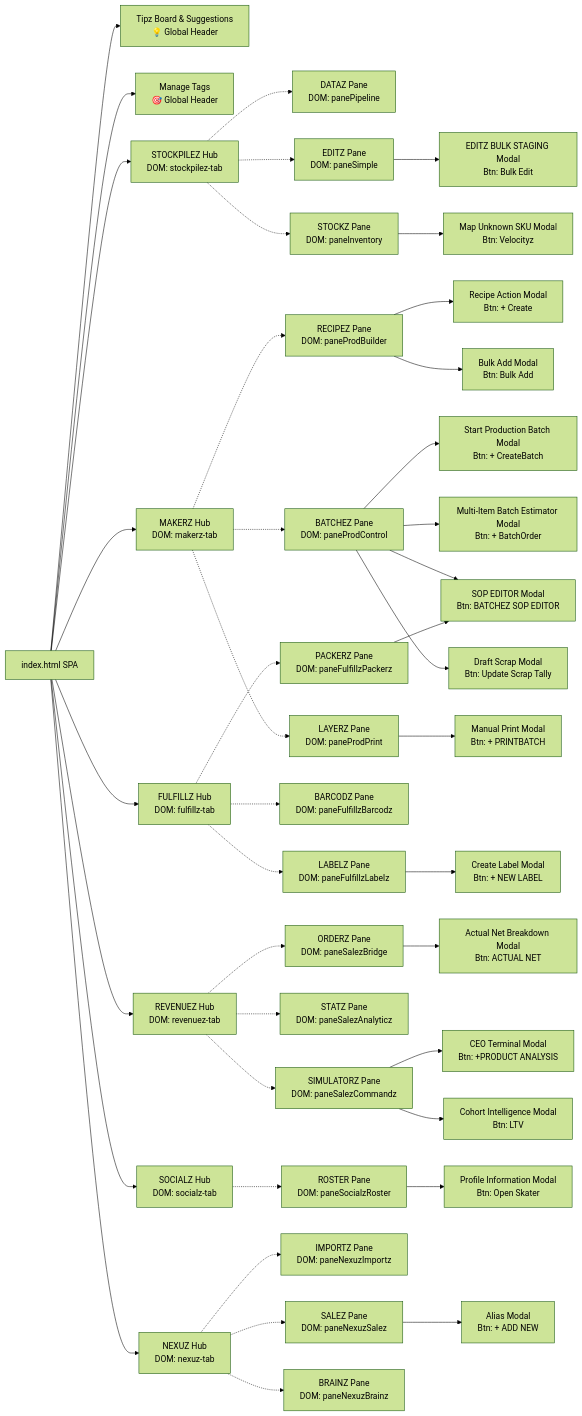
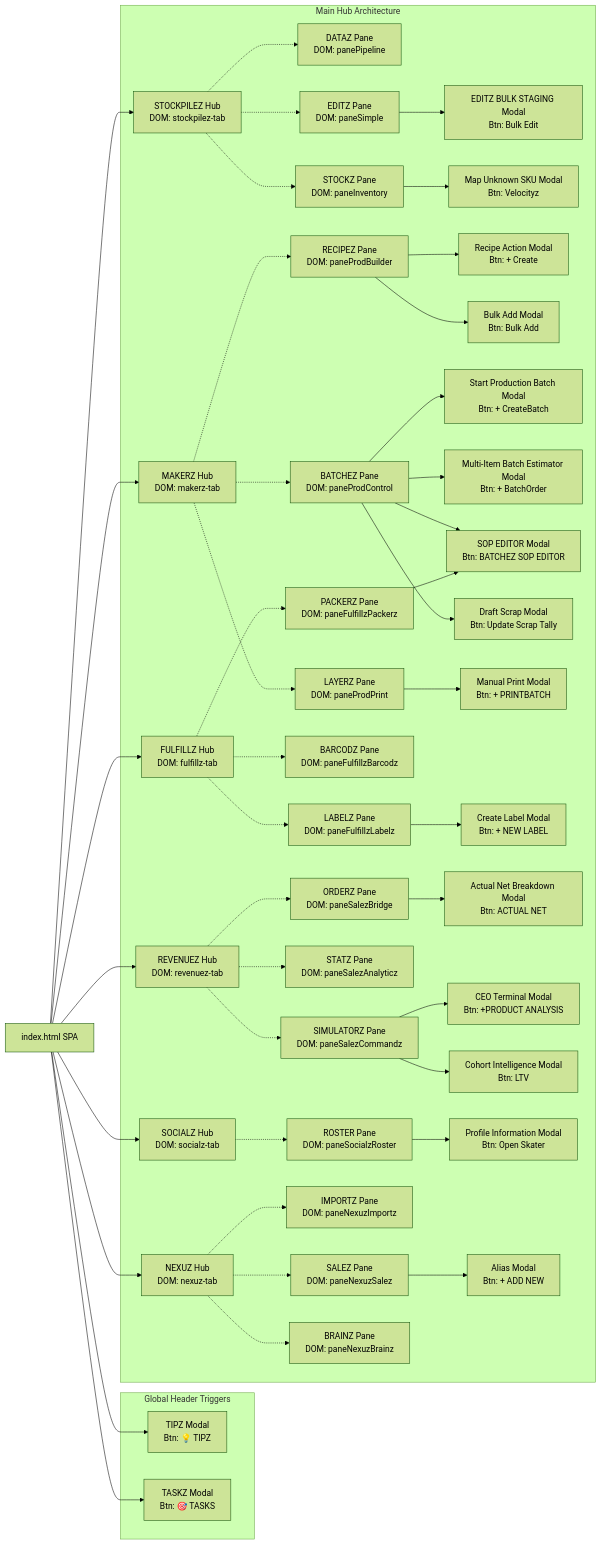
The diagram in nomenclature_dictionary.md (Neogleamz/neogleamz.github.io), drawn with Mermaid (forest theme) before and after one commit. The commit also changed 3 other files, not shown here.

Commit message:
fix(diagram): partition Global Header and Hubs into strict subgraphs to prevent visual overlapping

````diff
--- a/nomenclature_dictionary.md
+++ b/nomenclature_dictionary.md
@@ -14,64 +14,77 @@
 ```mermaid
 graph LR
     App[index.html SPA]
     
-    %% Global Header Modals
-    App --> TipzModal[Tipz Board & Suggestions <br> 💡 Global Header]
-    App --> TaskPlannerModal[Manage Tags <br> 🎯 Global Header]
+    subgraph Global [Global Header Triggers]
+        TipzModal[TIPZ Modal<br>Btn: 💡 TIPZ]
+        TaskzModal[TASKZ Modal<br>Btn: 🎯 TASKS]
+    end
     
-    %% STOCKPILEZ HUB
-    App --> Stockpilez[STOCKPILEZ Hub<br>DOM: stockpilez-tab]
-    Stockpilez -.-> SP_Pipeline[DATAZ Pane<br>DOM: panePipeline]
-    Stockpilez -.-> SP_Simple[EDITZ Pane<br>DOM: paneSimple]
-    Stockpilez -.-> SP_Inventory[STOCKZ Pane<br>DOM: paneInventory]
+    App --> TipzModal
+    App --> TaskzModal
     
-    SP_Simple --> EditzBulkModal[EDITZ BULK STAGING Modal<br>Btn: Bulk Edit]
-    SP_Inventory --> VelocityzModal[Map Unknown SKU Modal<br>Btn: Velocityz]
-    
-    %% MAKERZ HUB
-    App --> Makerz[MAKERZ Hub<br>DOM: makerz-tab]
-    Makerz -.-> MK_Builder[RECIPEZ Pane<br>DOM: paneProdBuilder]
-    Makerz -.-> MK_Control[BATCHEZ Pane<br>DOM: paneProdControl]
-    Makerz -.-> MK_Print[LAYERZ Pane<br>DOM: paneProdPrint]
-    
-    MK_Builder --> RecipeModal[Recipe Action Modal<br>Btn: + Create]
-    MK_Builder --> BulkAddModal[Bulk Add Modal<br>Btn: Bulk Add]
-    MK_Control --> NewWOModal[Start Production Batch Modal<br>Btn: + CreateBatch]
-    MK_Control --> MultiBatchModal[Multi-Item Batch Estimator Modal<br>Btn: + BatchOrder]
-    MK_Control --> SOPMasterModal[SOP EDITOR Modal<br>Btn: BATCHEZ SOP EDITOR]
-    MK_Control --> DraftScrapModal[Draft Scrap Modal<br>Btn: Update Scrap Tally]
-    MK_Print --> ManualPrintModal[Manual Print Modal<br>Btn: + PRINTBATCH]
-    
-    %% FULFILLZ HUB
-    App --> Fulfillz[FULFILLZ Hub<br>DOM: fulfillz-tab]
-    Fulfillz -.-> FZ_Packerz[PACKERZ Pane<br>DOM: paneFulfillzPackerz]
-    Fulfillz -.-> FZ_Barcodz[BARCODZ Pane<br>DOM: paneFulfillzBarcodz]
-    Fulfillz -.-> FZ_Labelz[LABELZ Pane<br>DOM: paneFulfillzLabelz]
-    
-    FZ_Packerz --> SOPMasterModal
-    FZ_Labelz --> CreateLabelModal[Create Label Modal<br>Btn: + NEW LABEL]
-    
-    %% REVENUEZ HUB
-    App --> Revenuez[REVENUEZ Hub<br>DOM: revenuez-tab]
-    Revenuez -.-> RV_Bridge[ORDERZ Pane<br>DOM: paneSalezBridge]
-    Revenuez -.-> RV_Analyticz[STATZ Pane<br>DOM: paneSalezAnalyticz]
-    Revenuez -.-> RV_Commandz[SIMULATORZ Pane<br>DOM: paneSalezCommandz]
-    
-    RV_Bridge --> ActualNetModal[Actual Net Breakdown Modal<br>Btn: ACTUAL NET]
-    RV_Commandz --> CeoAddModal[CEO Terminal Modal<br>Btn: +PRODUCT ANALYSIS]
-    RV_Commandz --> LtvModal[Cohort Intelligence Modal<br>Btn: LTV]
-    
-    %% SOCIALZ HUB
-    App --> Socialz[SOCIALZ Hub<br>DOM: socialz-tab]
-    Socialz -.-> SZ_Roster[ROSTER Pane<br>DOM: paneSocialzRoster]
-    
-    SZ_Roster --> SkaterModal[Profile Information Modal<br>Btn: Open Skater]
-    
-    %% NEXUZ HUB
-    App --> Nexuz[NEXUZ Hub<br>DOM: nexuz-tab]
-    Nexuz -.-> NX_Importz[IMPORTZ Pane<br>DOM: paneNexuzImportz]
-    Nexuz -.-> NX_Salez[SALEZ Pane<br>DOM: paneNexuzSalez]
-    Nexuz -.-> NX_Brainz[BRAINZ Pane<br>DOM: paneNexuzBrainz]
-    
-    NX_Salez --> AliasModal[Alias Modal<br>Btn: + ADD NEW]
+    subgraph Core [Main Hub Architecture]
+        %% STOCKPILEZ HUB
+        Stockpilez[STOCKPILEZ Hub<br>DOM: stockpilez-tab]
+        Stockpilez -.-> SP_Pipeline[DATAZ Pane<br>DOM: panePipeline]
+        Stockpilez -.-> SP_Simple[EDITZ Pane<br>DOM: paneSimple]
+        Stockpilez -.-> SP_Inventory[STOCKZ Pane<br>DOM: paneInventory]
+        
+        SP_Simple --> EditzBulkModal[EDITZ BULK STAGING Modal<br>Btn: Bulk Edit]
+        SP_Inventory --> VelocityzModal[Map Unknown SKU Modal<br>Btn: Velocityz]
+        
+        %% MAKERZ HUB
+        Makerz[MAKERZ Hub<br>DOM: makerz-tab]
+        Makerz -.-> MK_Builder[RECIPEZ Pane<br>DOM: paneProdBuilder]
+        Makerz -.-> MK_Control[BATCHEZ Pane<br>DOM: paneProdControl]
+        Makerz -.-> MK_Print[LAYERZ Pane<br>DOM: paneProdPrint]
+        
+        MK_Builder --> RecipeModal[Recipe Action Modal<br>Btn: + Create]
+        MK_Builder --> BulkAddModal[Bulk Add Modal<br>Btn: Bulk Add]
+        MK_Control --> NewWOModal[Start Production Batch Modal<br>Btn: + CreateBatch]
+        MK_Control --> MultiBatchModal[Multi-Item Batch Estimator Modal<br>Btn: + BatchOrder]
+        MK_Control --> SOPMasterModal[SOP EDITOR Modal<br>Btn: BATCHEZ SOP EDITOR]
+        MK_Control --> DraftScrapModal[Draft Scrap Modal<br>Btn: Update Scrap Tally]
+        MK_Print --> ManualPrintModal[Manual Print Modal<br>Btn: + PRINTBATCH]
+        
+        %% FULFILLZ HUB
+        Fulfillz[FULFILLZ Hub<br>DOM: fulfillz-tab]
+        Fulfillz -.-> FZ_Packerz[PACKERZ Pane<br>DOM: paneFulfillzPackerz]
+        Fulfillz -.-> FZ_Barcodz[BARCODZ Pane<br>DOM: paneFulfillzBarcodz]
+        Fulfillz -.-> FZ_Labelz[LABELZ Pane<br>DOM: paneFulfillzLabelz]
+        
+        FZ_Packerz --> SOPMasterModal
+        FZ_Labelz --> CreateLabelModal[Create Label Modal<br>Btn: + NEW LABEL]
+        
+        %% REVENUEZ HUB
+        Revenuez[REVENUEZ Hub<br>DOM: revenuez-tab]
+        Revenuez -.-> RV_Bridge[ORDERZ Pane<br>DOM: paneSalezBridge]
+        Revenuez -.-> RV_Analyticz[STATZ Pane<br>DOM: paneSalezAnalyticz]
+        Revenuez -.-> RV_Commandz[SIMULATORZ Pane<br>DOM: paneSalezCommandz]
+        
+        RV_Bridge --> ActualNetModal[Actual Net Breakdown Modal<br>Btn: ACTUAL NET]
+        RV_Commandz --> CeoAddModal[CEO Terminal Modal<br>Btn: +PRODUCT ANALYSIS]
+        RV_Commandz --> LtvModal[Cohort Intelligence Modal<br>Btn: LTV]
+        
+        %% SOCIALZ HUB
+        Socialz[SOCIALZ Hub<br>DOM: socialz-tab]
+        Socialz -.-> SZ_Roster[ROSTER Pane<br>DOM: paneSocialzRoster]
+        
+        SZ_Roster --> SkaterModal[Profile Information Modal<br>Btn: Open Skater]
+        
+        %% NEXUZ HUB
+        Nexuz[NEXUZ Hub<br>DOM: nexuz-tab]
+        Nexuz -.-> NX_Importz[IMPORTZ Pane<br>DOM: paneNexuzImportz]
+        Nexuz -.-> NX_Salez[SALEZ Pane<br>DOM: paneNexuzSalez]
+        Nexuz -.-> NX_Brainz[BRAINZ Pane<br>DOM: paneNexuzBrainz]
+        
+        NX_Salez --> AliasModal[Alias Modal<br>Btn: + ADD NEW]
+    end
+
+    App --> Stockpilez
+    App --> Makerz
+    App --> Fulfillz
+    App --> Revenuez
+    App --> Socialz
+    App --> Nexuz
 ```
````
